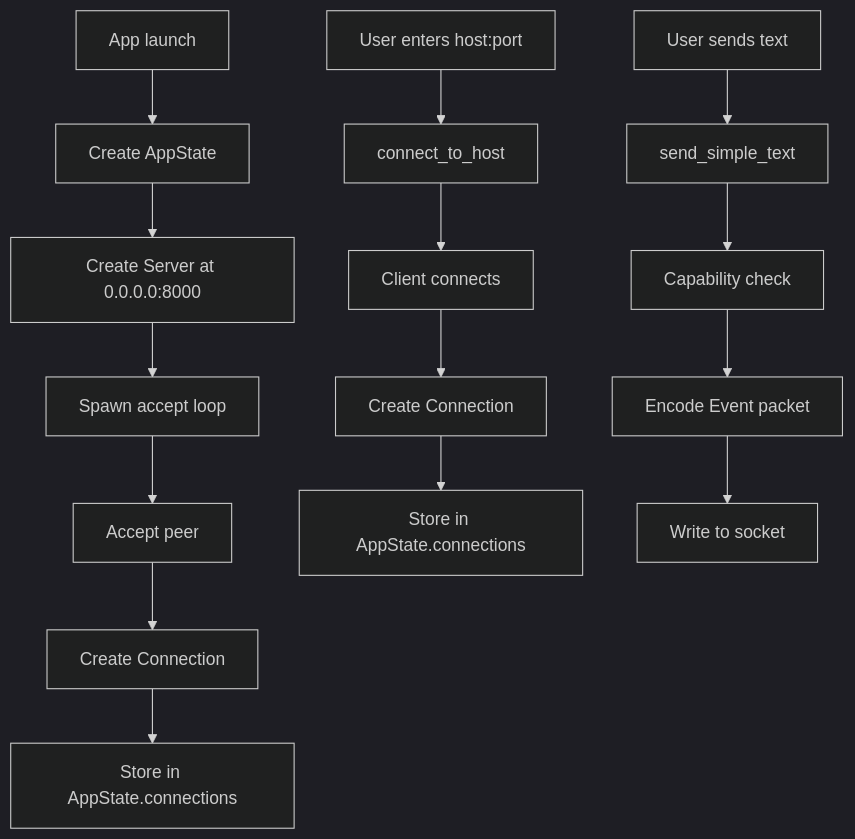
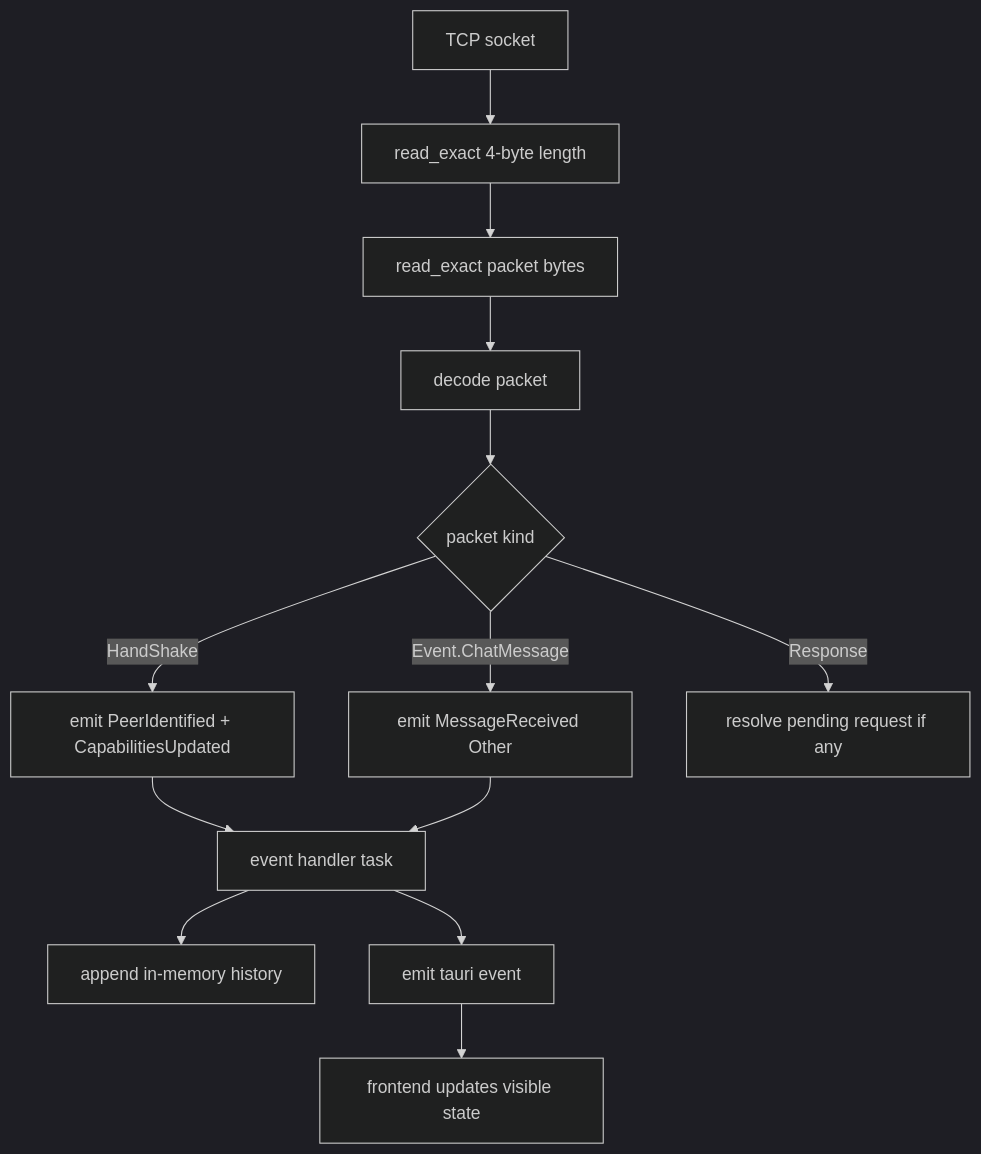
One commit to Subhranil-Maity/ghostline changed the sixth of 6 diagrams in PROJECT_OVERVIEW.md. Above: the diagram before and after it, drawn with Mermaid (dark theme). The commit also changed other lines of this file and 26 other files, not shown here.

````diff
--- a/PROJECT_OVERVIEW.md
+++ b/PROJECT_OVERVIEW.md
@@ -317,19 +540,15 @@
 ```mermaid
 flowchart TD
-    A[App launch] --> B[Create AppState]
-    B --> C[Create Server at 0.0.0.0:8000]
-    C --> D[Spawn accept loop]
-    D --> E[Accept peer]
-    E --> F[Create Connection]
-    F --> G[Store in AppState.connections]
-
-    H[User enters host:port] --> I[connect_to_host]
-    I --> J[Client connects]
-    J --> K[Create Connection]
-    K --> L[Store in AppState.connections]
-
-    M[User sends text] --> N[send_simple_text]
-    N --> O[Capability check]
-    O --> P[Encode Event packet]
-    P --> Q[Write to socket]
+    A[TCP socket] --> B[read_exact 4-byte length]
+    B --> C[read_exact packet bytes]
+    C --> D[decode packet]
+    D --> E{packet kind}
+    E -->|HandShake| F[emit PeerIdentified + CapabilitiesUpdated]
+    E -->|Event.ChatMessage| G[emit MessageReceived Other]
+    E -->|Response| H[resolve pending request if any]
+    F --> I[event handler task]
+    G --> I
+    I --> J[append in-memory history]
+    I --> K[emit tauri event]
+    K --> L[frontend updates visible state]
 ```
````
